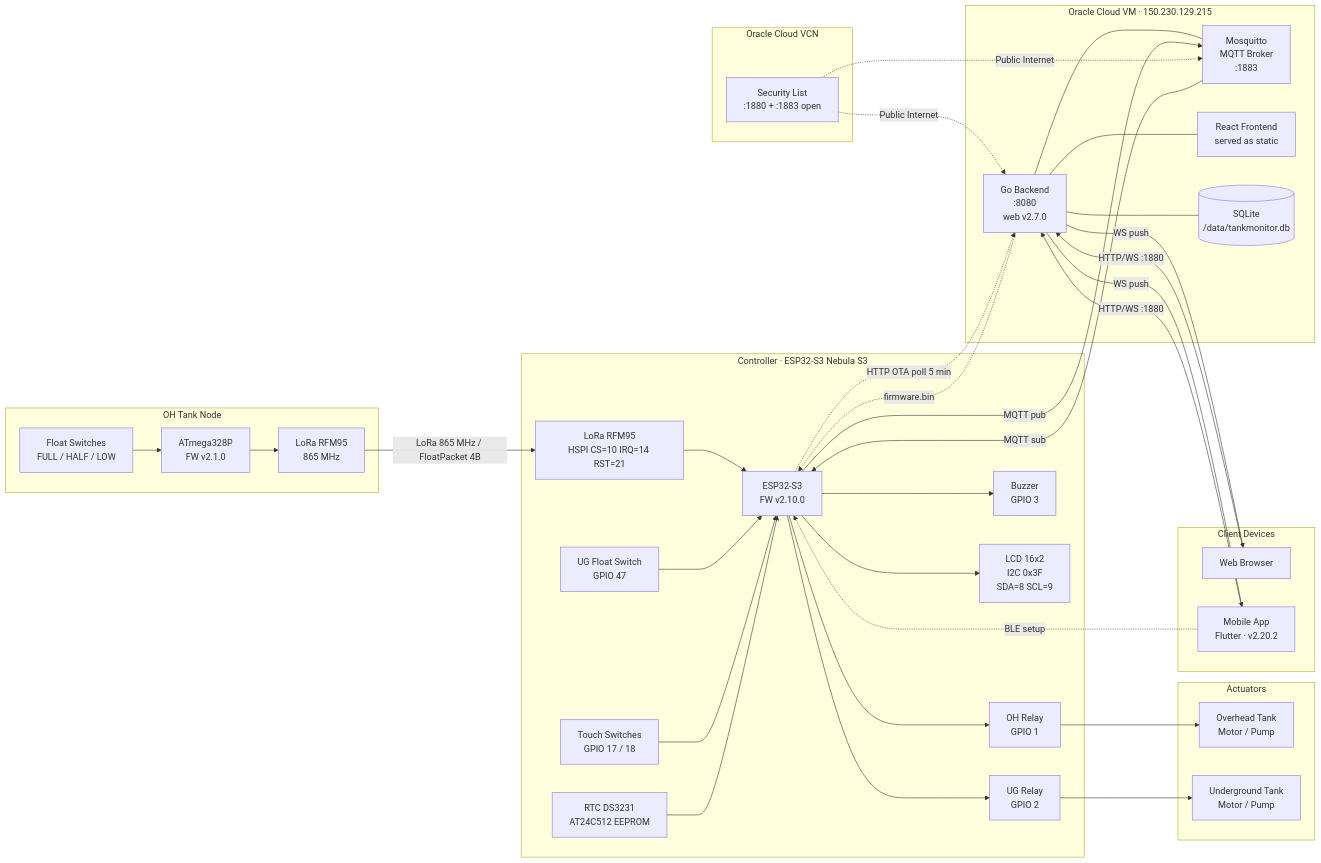
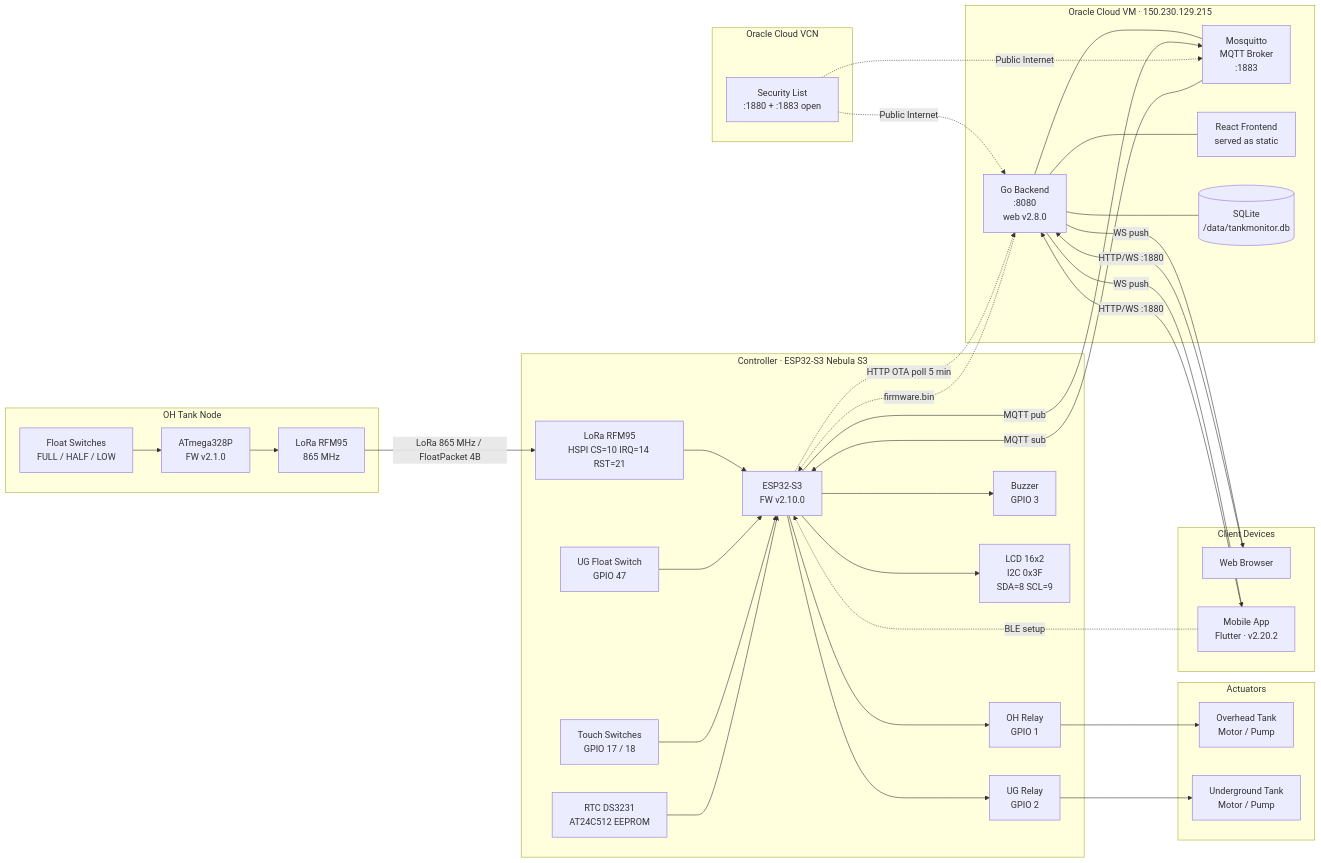
The second of 2 diagrams in README.md (nperiannan/TankMonitor), drawn with Mermaid before and after one commit. The commit also changed other lines of this file and 3 other files, not shown here.

````diff
--- a/README.md
+++ b/README.md
@@ -39,72 +39,72 @@
 ```mermaid
 flowchart LR
     subgraph OH_Node["OH Tank Node"]
         F_OH["Float Switches\nFULL / HALF / LOW"]
         TXmcu["ATmega328P\nFW v2.1.0"]
         TXlora["LoRa RFM95\n865 MHz"]
         F_OH --> TXmcu --> TXlora
     end
 
     subgraph ESP32["Controller · ESP32-S3 Nebula S3"]
         RXlora["LoRa RFM95\nHSPI CS=10 IRQ=14 RST=21"]
         F_UG["UG Float Switch\nGPIO 47"]
         TOUCH["Touch Switches\nGPIO 17 / 18"]
         MCU["ESP32-S3\nFW v2.10.0"]
         R_OH["OH Relay\nGPIO 1"]
         R_UG["UG Relay\nGPIO 2"]
         BUZ["Buzzer\nGPIO 3"]
         LCD["LCD 16x2\nI2C 0x3F\nSDA=8 SCL=9"]
         RTC["RTC DS3231\nAT24C512 EEPROM"]
 
         RXlora --> MCU
         F_UG --> MCU
         TOUCH --> MCU
         RTC --> MCU
         MCU --> R_OH
         MCU --> R_UG
         MCU --> BUZ
         MCU --> LCD
     end
 
     subgraph Actuators["Actuators"]
         OH_M["Overhead Tank\nMotor / Pump"]
         UG_M["Underground Tank\nMotor / Pump"]
     end
 
     subgraph OCI["Oracle Cloud VM · 150.230.129.215"]
         MQ["Mosquitto\nMQTT Broker\n:1883"]
-        GO["Go Backend\n:8080\nweb v2.7.0"]
+        GO["Go Backend\n:8080\nweb v2.8.0"]
         STATIC["React Frontend\nserved as static"]
         DB[("SQLite\n/data/tankmonitor.db")]
         GO --- MQ
         GO --- DB
         GO --- STATIC
     end
 
     subgraph Cloud["Oracle Cloud VCN"]
         PF["Security List\n:1880 + :1883 open"]
     end
 
     subgraph Clients["Client Devices"]
         BROWSER["Web Browser"]
         PHONE["Mobile App\nFlutter · v2.20.2"]
     end
 
     TXlora -->|"LoRa 865 MHz / FloatPacket 4B"| RXlora
     R_OH --> OH_M
     R_UG --> UG_M
 
     MCU -->|"MQTT pub"| MQ
     MQ -->|"MQTT sub"| MCU
     MCU -.->|"HTTP OTA poll 5 min"| GO
     GO -.->|"firmware.bin"| MCU
 
     BROWSER -->|"HTTP/WS :1880"| GO
     GO -->|"WS push"| BROWSER
     PHONE -->|"HTTP/WS :1880"| GO
     GO -->|"WS push"| PHONE
     PHONE -.->|"BLE setup"| MCU
 
     PF -.->|"Public Internet"| GO
     PF -.->|"Public Internet"| MQ
 ```
````
